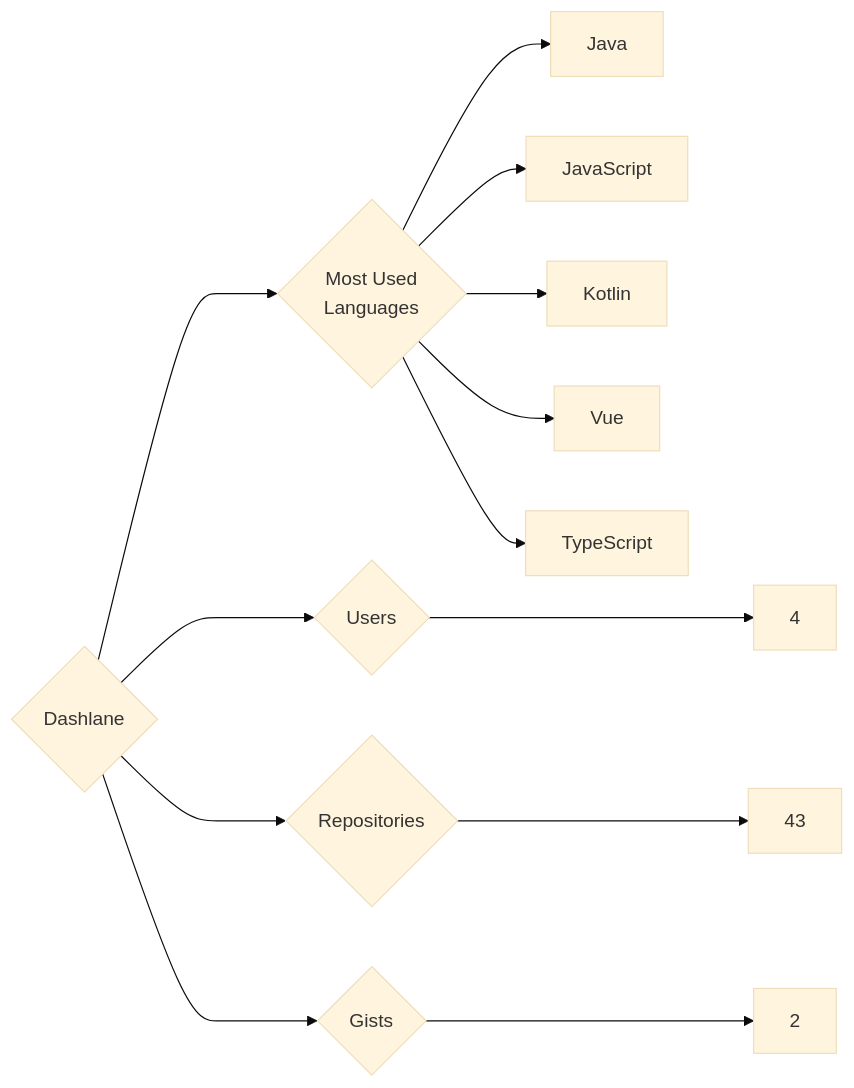
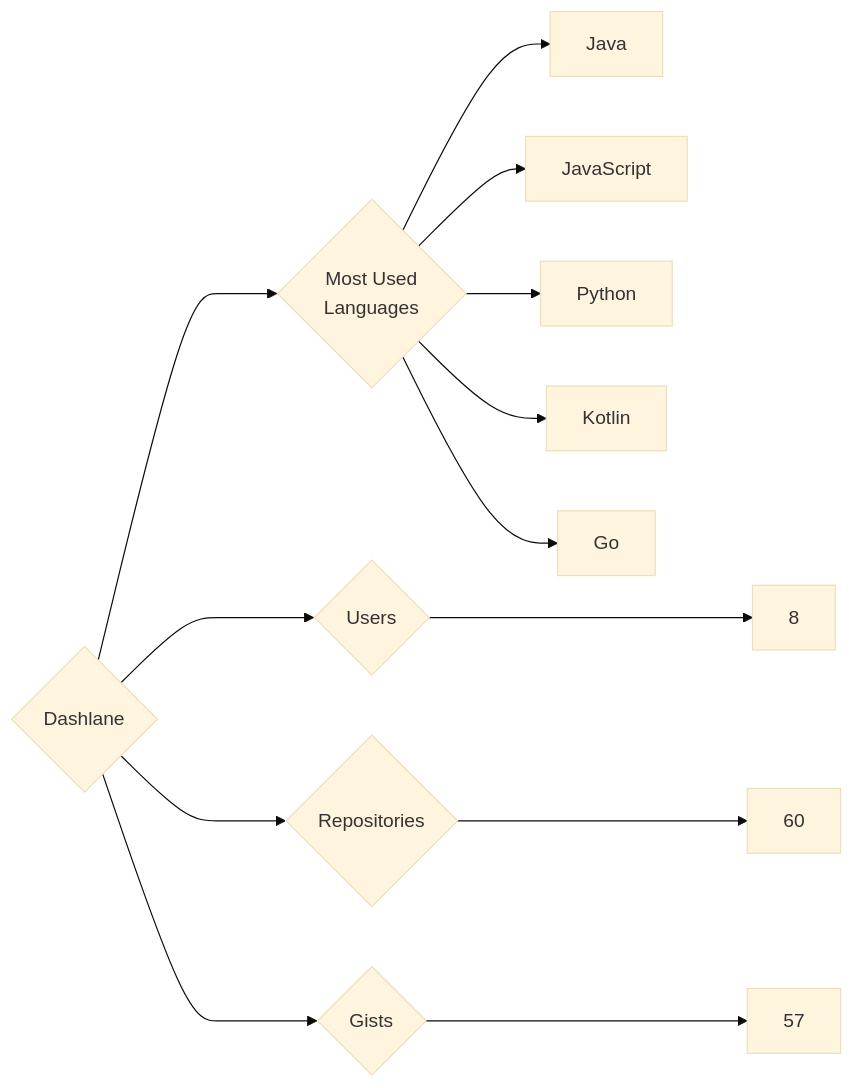
One commit to trickest/insiders changed the diagram in targets/Dashlane/README.md. Above: the diagram before and after it, drawn with Mermaid (base theme). The commit also changed 1055 other files, not shown here.

````diff
--- a/targets/Dashlane/README.md
+++ b/targets/Dashlane/README.md
@@ -3,13 +3,13 @@
 ```mermaid
 graph LR
 COMPANY_NAME{Dashlane}
-COMPANY_NAME ---> U{Users} ---> UN[4]
-COMPANY_NAME ---> R{Repositories} ---> RN[43]
-COMPANY_NAME ---> G{Gists} ---> GN[2]
+COMPANY_NAME ---> U{Users} ---> UN[8]
+COMPANY_NAME ---> R{Repositories} ---> RN[60]
+COMPANY_NAME ---> G{Gists} ---> GN[57]
 COMPANY_NAME ---> ML{Most Used<br>Languages}
 ML --> Java[Java]
 ML --> JavaScript[JavaScript]
+ML --> Python[Python]
 ML --> Kotlin[Kotlin]
-ML --> Vue[Vue]
-ML --> TypeScript[TypeScript]
+ML --> Go[Go]
 ```
````
